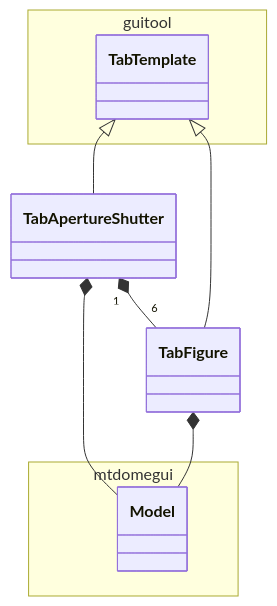
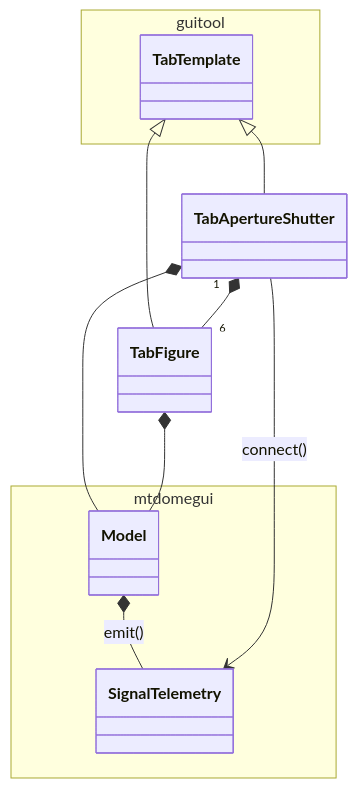
Before and after one commit to lsst-ts/ts_mtdomegui: the diagram in doc/uml/tab/class_tab_aperture_shutter.mmd, drawn with Mermaid. The commit also changed 11 other files, not shown here.

```diff
--- a/doc/uml/tab/class_tab_aperture_shutter.mmd
+++ b/doc/uml/tab/class_tab_aperture_shutter.mmd
@@ -1,17 +1,21 @@
 classDiagram
 
 namespace guitool {
   class TabTemplate
 }
 
 namespace mtdomegui {
   class Model
+  class SignalTelemetry
 }
+
+Model *-- SignalTelemetry : emit()
 
 TabTemplate <|-- TabApertureShutter
 TabTemplate <|-- TabFigure
 
 TabApertureShutter *-- Model
 TabApertureShutter "1" *-- "6" TabFigure
+TabApertureShutter --> SignalTelemetry : connect()
 
 TabFigure *-- Model
```
